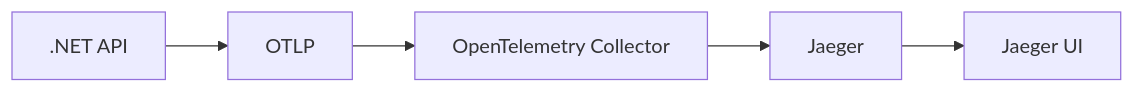
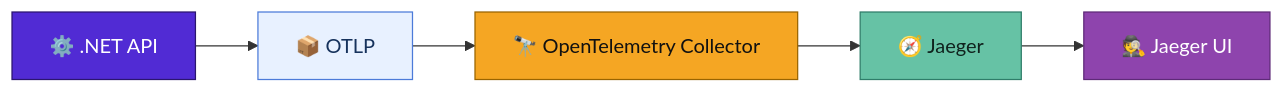
Before and after one commit to fnandop/aspire-apm-backends-pocs: the third of 5 diagrams in README.md, drawn with Mermaid. The commit also changed other lines of this file and 1 other file, not shown here.

````diff
--- a/README.md
+++ b/README.md
@@ -45,7 +65,18 @@
 ```mermaid
 graph LR
-    A[.NET API] --> B[OTLP]
-    B --> C[OpenTelemetry Collector]
-    C --> D[Jaeger]
-    D --> E[Jaeger UI]
+    A["⚙️ .NET API"] --> B["📦 OTLP"]
+    B --> C["🔭 OpenTelemetry Collector"]
+    C --> D["🧭 Jaeger"]
+    D --> E["🕵️ Jaeger UI"]
+
+    classDef app fill:#512BD4,stroke:#2b166f,color:#fff
+    classDef protocol fill:#E8F1FF,stroke:#4C7BD9,color:#16325C
+    classDef collector fill:#F5A623,stroke:#9A6400,color:#111
+    classDef jaeger fill:#66C2A5,stroke:#2F7D69,color:#10231E
+    classDef ui fill:#8E44AD,stroke:#5E2A78,color:#fff
+    class A app
+    class B protocol
+    class C collector
+    class D jaeger
+    class E ui
 ```
````
